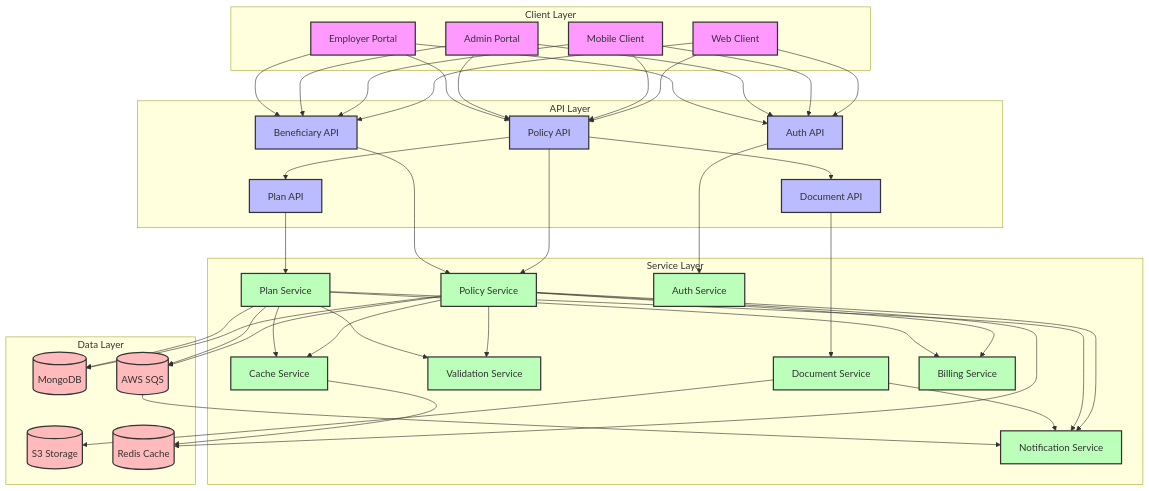
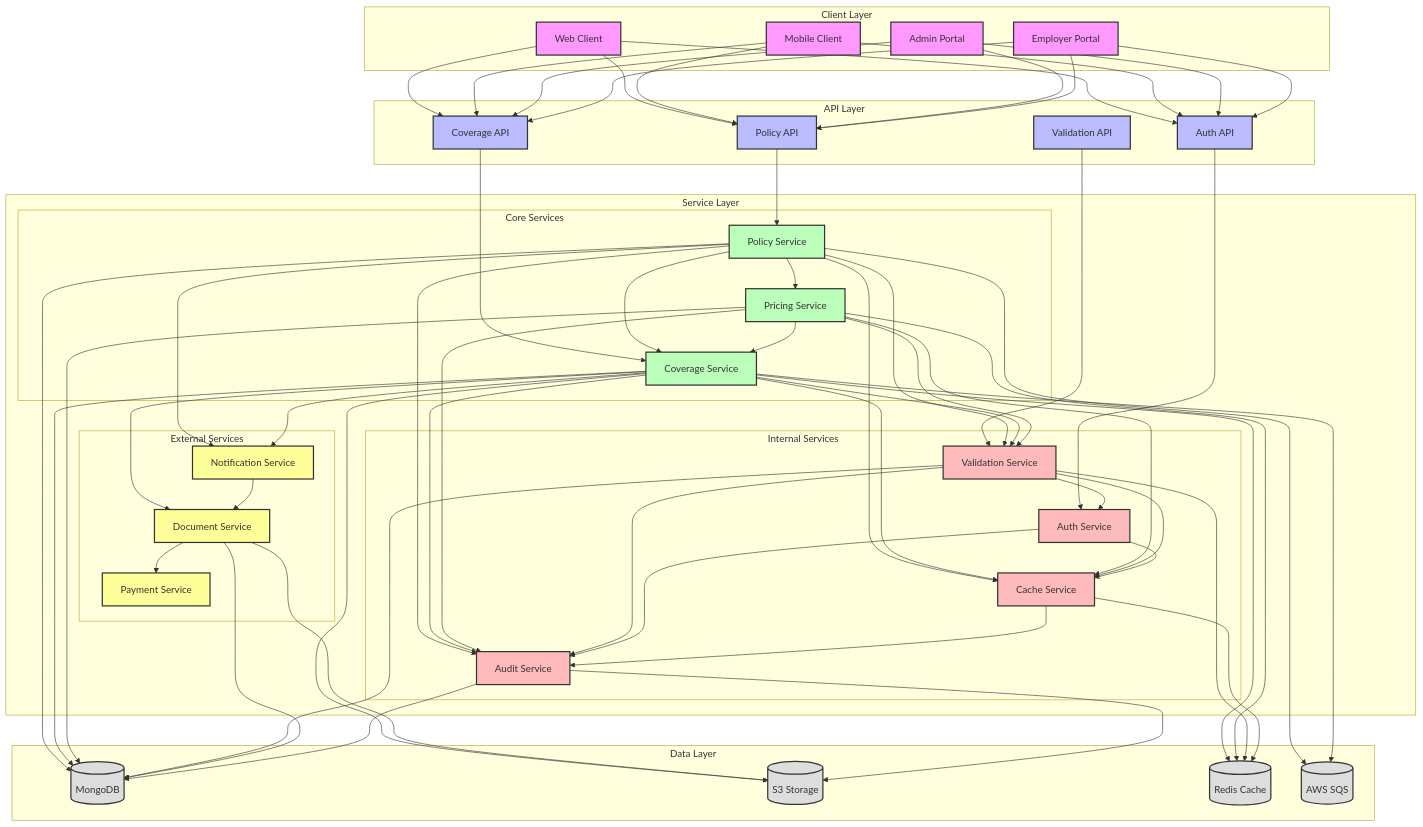
One commit to hayatonsurity/documentation changed the first of 2 diagrams in docs/flows/policy-management.md. Above: the diagram before and after it, drawn with Mermaid. The commit also changed other lines of this file and 12 other files, not shown here.

Commit message:
Corrected the diagrams and APIs

````diff
--- a/docs/flows/policy-management.md
+++ b/docs/flows/policy-management.md
@@ -8,89 +8,129 @@
 ```mermaid
 graph TB
-    subgraph Client Layer
+    %% Client Layer
+    subgraph ClientLayer[Client Layer]
         Web[Web Client]
         Mobile[Mobile Client]
         AdminPortal[Admin Portal]
         EmployerPortal[Employer Portal]
     end
 
-    subgraph API Layer
+    %% API Layer
+    subgraph APILayer[API Layer]
         PolicyAPI[Policy API]
-        PlanAPI[Plan API]
-        DocumentAPI[Document API]
+        ValidationAPI[Validation API]
         AuthAPI[Auth API]
-        BeneficiaryAPI[Beneficiary API]
+        CoverageAPI[Coverage API]
     end
 
-    subgraph Service Layer
-        PolicyService[Policy Service]
-        PlanService[Plan Service]
-        DocumentService[Document Service]
-        NotificationService[Notification Service]
-        AuthService[Auth Service]
-        ValidationService[Validation Service]
-        CacheService[Cache Service]
-        BillingService[Billing Service]
+    %% Service Layer
+    subgraph ServiceLayer[Service Layer]
+        subgraph CoreServices[Core Services]
+            PolicyService[Policy Service]
+            CoverageService[Coverage Service]
+            PricingService[Pricing Service]
+        end
+        
+        subgraph InternalServices[Internal Services]
+            ValidationService[Validation Service]
+            AuthService[Auth Service]
+            CacheService[Cache Service]
+            AuditService[Audit Service]
+        end
+
+        subgraph ExternalServices[External Services]
+            NotificationService[Notification Service]
+            DocumentService[Document Service]
+            PaymentService[Payment Service]
+        end
     end
 
-    subgraph Data Layer
+    %% Data Layer
+    subgraph DataLayer[Data Layer]
         DB[(MongoDB)]
         S3[(S3 Storage)]
         Cache[(Redis Cache)]
         Queue[(AWS SQS)]
     end
 
-    %% Client Layer Connections
+    %% Client to API Connections
+    Web --> PolicyAPI
     Web --> AuthAPI
+    Web --> CoverageAPI
+    Mobile --> PolicyAPI
     Mobile --> AuthAPI
+    Mobile --> CoverageAPI
+    AdminPortal --> PolicyAPI
     AdminPortal --> AuthAPI
+    AdminPortal --> CoverageAPI
+    EmployerPortal --> PolicyAPI
     EmployerPortal --> AuthAPI
-    Web --> PolicyAPI
-    Mobile --> PolicyAPI
-    AdminPortal --> PolicyAPI
-    EmployerPortal --> PolicyAPI
-    Web --> BeneficiaryAPI
-    Mobile --> BeneficiaryAPI
-    AdminPortal --> BeneficiaryAPI
-    EmployerPortal --> BeneficiaryAPI
+    EmployerPortal --> CoverageAPI
 
-    %% API Layer Connections
+    %% API to Service Connections
+    PolicyAPI --> PolicyService
+    ValidationAPI --> ValidationService
     AuthAPI --> AuthService
-    PolicyAPI --> PolicyService
-    PolicyAPI --> PlanAPI
-    PolicyAPI --> DocumentAPI
-    PlanAPI --> PlanService
-    DocumentAPI --> DocumentService
-    BeneficiaryAPI --> PolicyService
+    CoverageAPI --> CoverageService
 
-    %% Service Layer Connections
+    %% Core Service Connections
     PolicyService --> ValidationService
-    PlanService --> ValidationService
+    PolicyService --> NotificationService
+    PolicyService --> CoverageService
+    PolicyService --> PricingService
+    PolicyService --> CacheService
+    PolicyService --> AuditService
+    CoverageService --> ValidationService
+    CoverageService --> CacheService
+    CoverageService --> DocumentService
+    CoverageService --> NotificationService
+    CoverageService --> AuditService
+    PricingService --> ValidationService
+    PricingService --> CacheService
+    PricingService --> CoverageService
+    PricingService --> AuditService
+
+    %% Internal Service Connections
+    ValidationService --> AuthService
+    ValidationService --> CacheService
+    ValidationService --> AuditService
+    AuthService --> CacheService
+    AuthService --> AuditService
+    CacheService --> AuditService
+
+    %% External Service Connections
+    NotificationService --> DocumentService
+    DocumentService --> PaymentService
+
+    %% Service to Data Connections
     PolicyService --> DB
-    PolicyService --> Cache
-    PlanService --> DB
+    PolicyService --> Queue
+    CoverageService --> DB
+    CoverageService --> S3
+    CoverageService --> Queue
+    CoverageService --> Cache
+    PricingService --> DB
+    PricingService --> Cache
+    ValidationService --> DB
+    ValidationService --> Cache
+    DocumentService --> DB
     DocumentService --> S3
-    PolicyService --> Queue
-    PlanService --> Queue
-    PolicyService --> NotificationService
-    PlanService --> NotificationService
-    DocumentService --> NotificationService
-    PolicyService --> CacheService
-    PlanService --> CacheService
-    PolicyService --> BillingService
-    PlanService --> BillingService
+    CacheService --> Cache
+    AuditService --> DB
+    AuditService --> S3
 
-    %% Data Layer Connections
-    Queue --> NotificationService
-    CacheService --> Cache
-
+    %% Styling
     classDef client fill:#f9f,stroke:#333,stroke-width:2px
     classDef api fill:#bbf,stroke:#333,stroke-width:2px
-    classDef service fill:#bfb,stroke:#333,stroke-width:2px
-    classDef data fill:#fbb,stroke:#333,stroke-width:2px
+    classDef coreService fill:#bfb,stroke:#333,stroke-width:2px
+    classDef internalService fill:#fbb,stroke:#333,stroke-width:2px
+    classDef externalService fill:#ff9,stroke:#333,stroke-width:2px
+    classDef data fill:#ddd,stroke:#333,stroke-width:2px
 
     class Web,Mobile,AdminPortal,EmployerPortal client
-    class PolicyAPI,PlanAPI,DocumentAPI,AuthAPI,BeneficiaryAPI api
-    class PolicyService,PlanService,DocumentService,NotificationService,AuthService,ValidationService,CacheService,BillingService service
+    class PolicyAPI,ValidationAPI,AuthAPI,CoverageAPI api
+    class PolicyService,CoverageService,PricingService coreService
+    class ValidationService,AuthService,CacheService,AuditService internalService
+    class NotificationService,DocumentService,PaymentService externalService
     class DB,S3,Cache,Queue data
 ```
````
